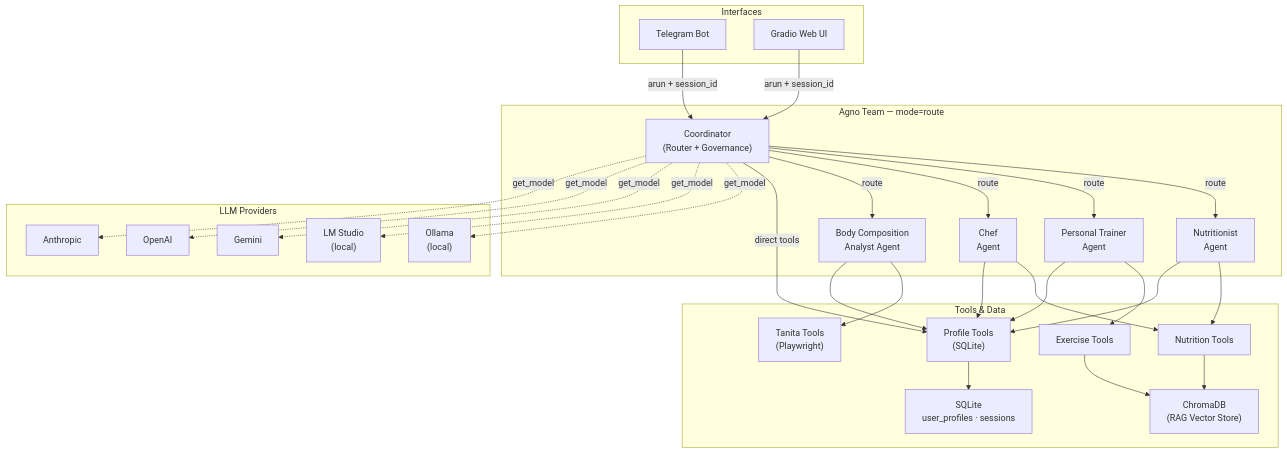
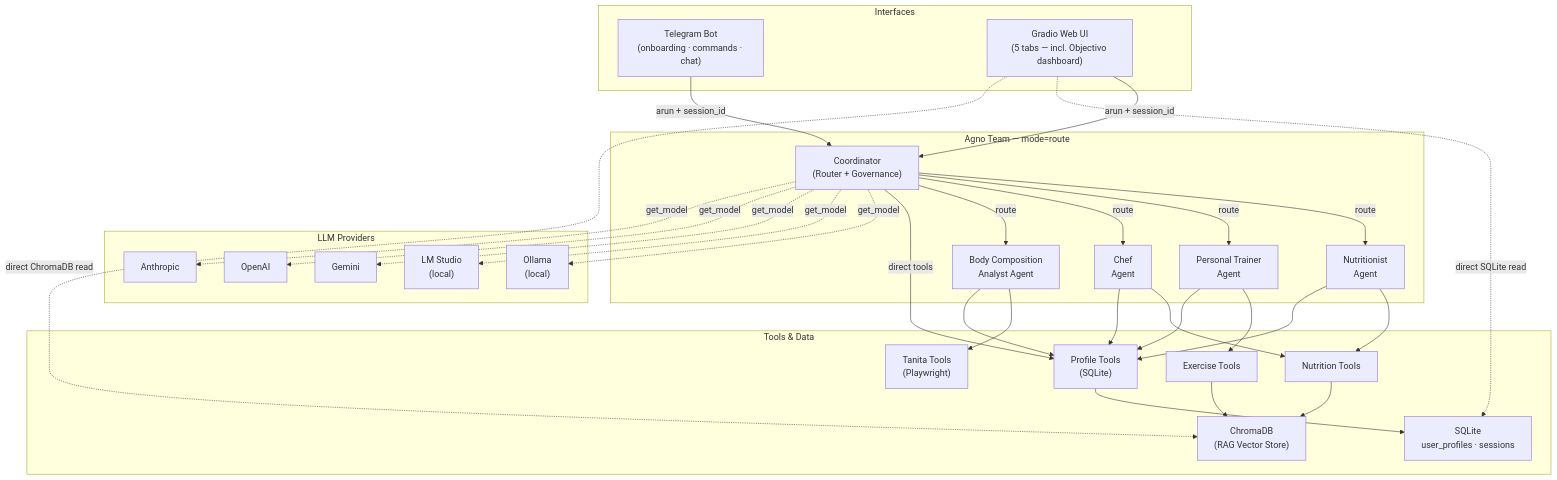
One commit to brunomigueldasilva/my-health-assistant changed the first of 6 diagrams in ARCHITECTURE.md. Above: the diagram before and after it, drawn with Mermaid. The commit also changed other lines of this file and 7 other files, not shown here.

First line of the commit message:
Add goals dashboard to gradio UI.

````diff
--- a/ARCHITECTURE.md
+++ b/ARCHITECTURE.md
@@ -9,55 +9,58 @@
 ```mermaid
 graph TB
     subgraph Interfaces
-        TG["Telegram Bot"]
-        GR["Gradio Web UI"]
+        TG["Telegram Bot\n(onboarding · commands · chat)"]
+        GR["Gradio Web UI\n(5 tabs — incl. Objectivo dashboard)"]
     end
 
     subgraph agnoTeam["Agno Team — mode=route"]
         CO["Coordinator\n(Router + Governance)"]
         NU["Nutritionist\nAgent"]
         TR["Personal Trainer\nAgent"]
         CH["Chef\nAgent"]
         BC["Body Composition\nAnalyst Agent"]
     end
 
     subgraph tools["Tools & Data"]
         PT["Profile Tools\n(SQLite)"]
         NT["Nutrition Tools"]
         ET["Exercise Tools"]
         TT["Tanita Tools\n(Playwright)"]
         KB["ChromaDB\n(RAG Vector Store)"]
         DB["SQLite\nuser_profiles · sessions"]
     end
 
     subgraph llmProviders["LLM Providers"]
         OL["Ollama\n(local)"]
         LS["LM Studio\n(local)"]
         GM["Gemini"]
         OA["OpenAI"]
         AN["Anthropic"]
     end
 
     TG -->|arun + session_id| CO
     GR -->|arun + session_id| CO
 
     CO -->|route| NU
     CO -->|route| TR
     CO -->|route| CH
     CO -->|route| BC
     CO -->|direct tools| PT
 
     NU --> NT & PT
     TR --> ET & PT
     CH --> NT & PT
     BC --> TT & PT
 
     NT & ET --> KB
     PT --> DB
 
+    GR -.->|direct SQLite read| DB
+    GR -.->|direct ChromaDB read| KB
+
     CO -.->|get_model| OL
     CO -.->|get_model| LS
     CO -.->|get_model| GM
     CO -.->|get_model| OA
     CO -.->|get_model| AN
 ```
````
